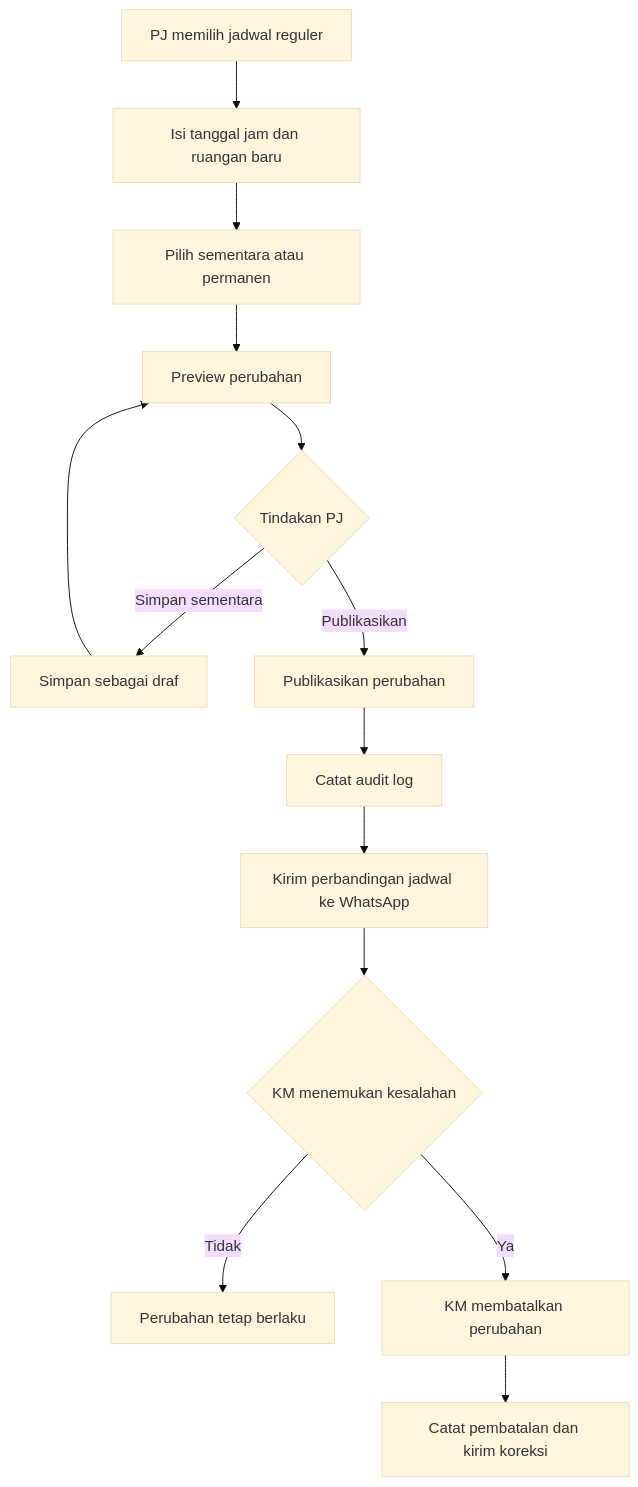
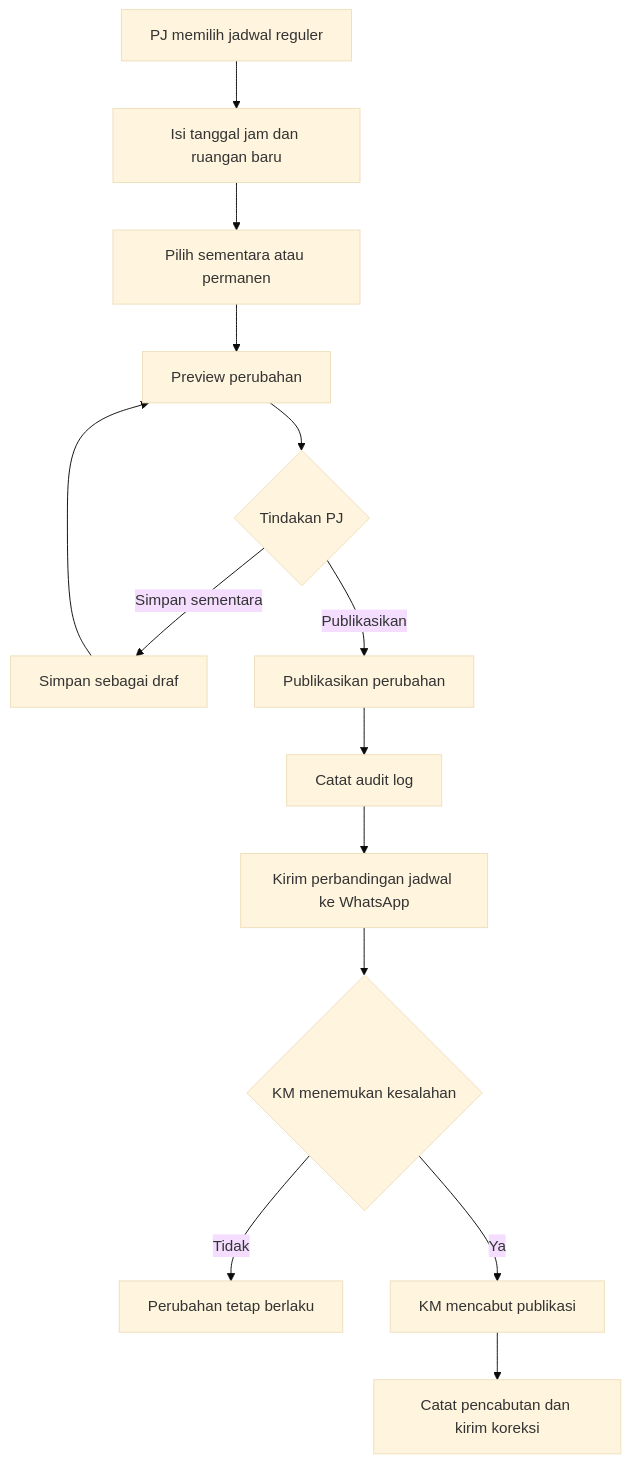
Before and after one commit to darvaaph/bot-wa-jadwal: the third of 6 diagrams in docs/product/PRODUCT_DEFINITION.md, drawn with Mermaid (base theme). The commit also changed other lines of this file and 16 other files, not shown here.

````diff
--- a/docs/product/PRODUCT_DEFINITION.md
+++ b/docs/product/PRODUCT_DEFINITION.md
@@ -172,16 +172,16 @@
 ```mermaid
 flowchart TD
     A[PJ memilih jadwal reguler] --> B[Isi tanggal jam dan ruangan baru]
     B --> C[Pilih sementara atau permanen]
     C --> D[Preview perubahan]
     D --> E{Tindakan PJ}
     E -->|Simpan sementara| F[Simpan sebagai draf]
     F --> D
     E -->|Publikasikan| G[Publikasikan perubahan]
     G --> H[Catat audit log]
     H --> I[Kirim perbandingan jadwal ke WhatsApp]
     I --> J{KM menemukan kesalahan}
     J -->|Tidak| K[Perubahan tetap berlaku]
-    J -->|Ya| L[KM membatalkan perubahan]
-    L --> M[Catat pembatalan dan kirim koreksi]
+    J -->|Ya| L[KM mencabut publikasi]
+    L --> M[Catat pencabutan dan kirim koreksi]
 ```
````
